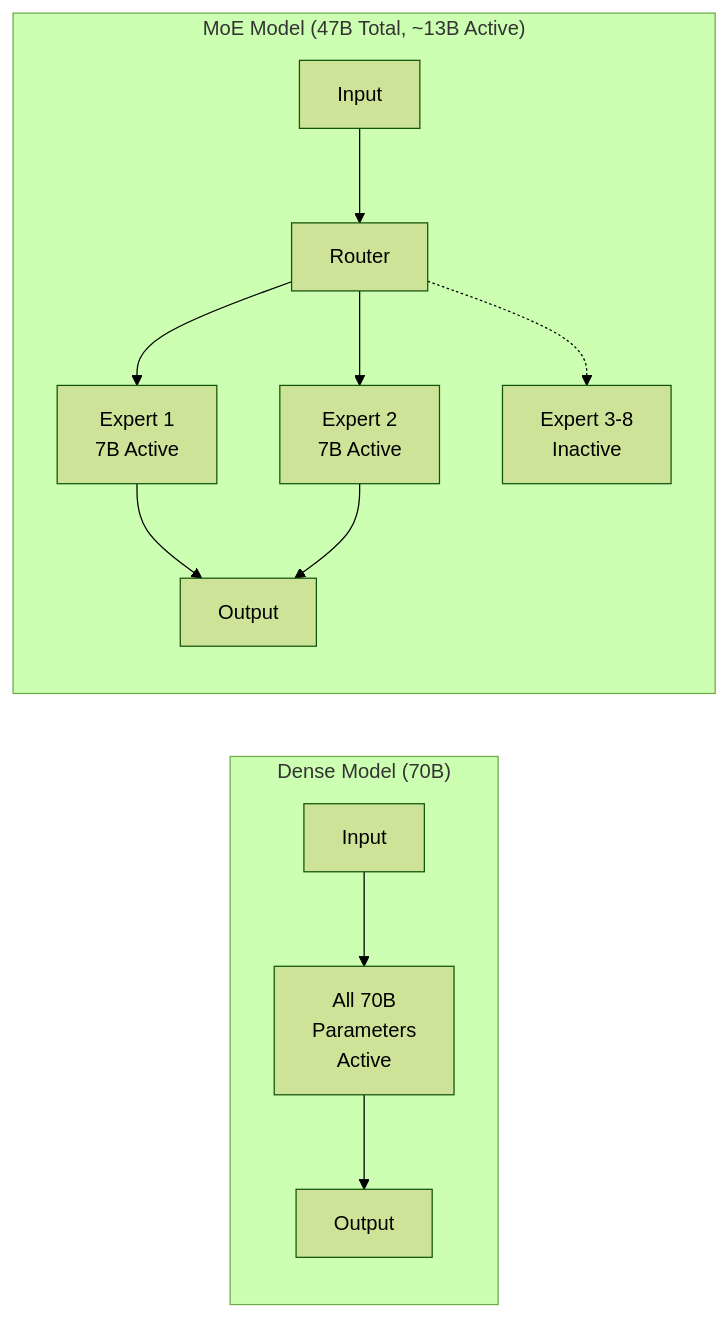
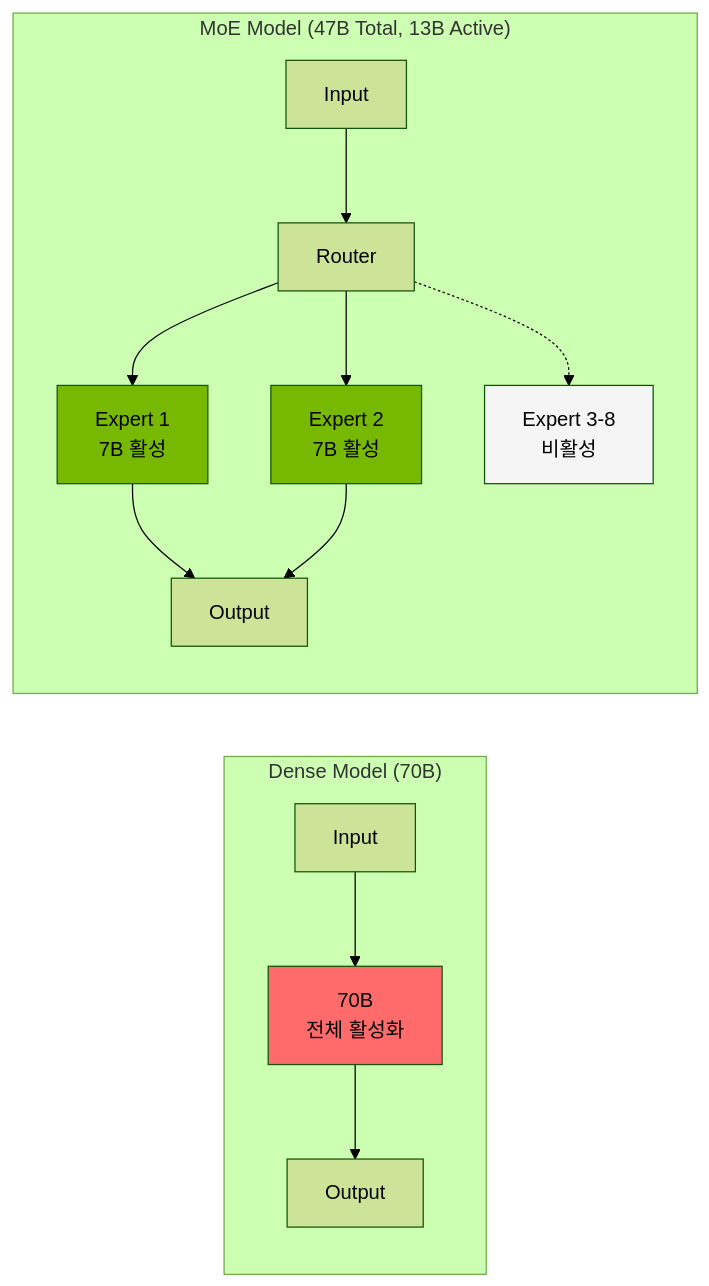
One commit to devfloor9/engineering-playbook changed the second of 6 diagrams in docs/agentic-ai-platform/model-serving/moe-model-serving.md. Above: the diagram before and after it, drawn with Mermaid (forest theme). The commit also changed other lines of this file and 24 other files, not shown here.

````diff
--- a/docs/agentic-ai-platform/model-serving/moe-model-serving.md
+++ b/docs/agentic-ai-platform/model-serving/moe-model-serving.md
@@ -87,15 +93,21 @@
 ```mermaid
 flowchart LR
-    subgraph "Dense Model (70B)"
-        D_IN[Input] --> D_ALL[All 70B<br/>Parameters<br/>Active]
+    subgraph Dense["Dense Model (70B)"]
+        D_IN[Input] --> D_ALL[70B<br/>전체 활성화]
         D_ALL --> D_OUT[Output]
     end
-    
-    subgraph "MoE Model (47B Total, ~13B Active)"
+
+    subgraph MoE["MoE Model (47B Total, 13B Active)"]
         M_IN[Input] --> M_GATE[Router]
-        M_GATE --> M_E1[Expert 1<br/>7B Active]
-        M_GATE --> M_E2[Expert 2<br/>7B Active]
-        M_E1 & M_E2 --> M_OUT[Output]
-        M_GATE -.-> M_E3[Expert 3-8<br/>Inactive]
+        M_GATE --> M_E1[Expert 1<br/>7B 활성]
+        M_GATE --> M_E2[Expert 2<br/>7B 활성]
+        M_E1 --> M_OUT[Output]
+        M_E2 --> M_OUT
+        M_GATE -.-> M_E3[Expert 3-8<br/>비활성]
     end
+
+    style D_ALL fill:#ff6b6b
+    style M_E1 fill:#76b900
+    style M_E2 fill:#76b900
+    style M_E3 fill:#f5f5f5
 ```
````
